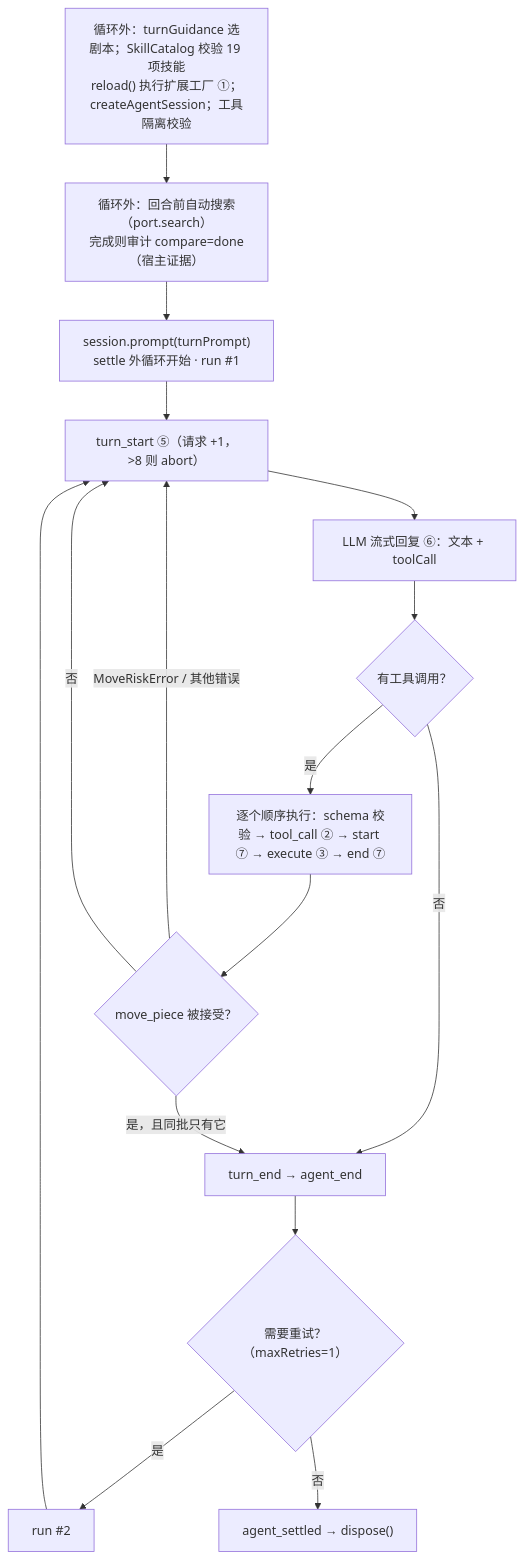
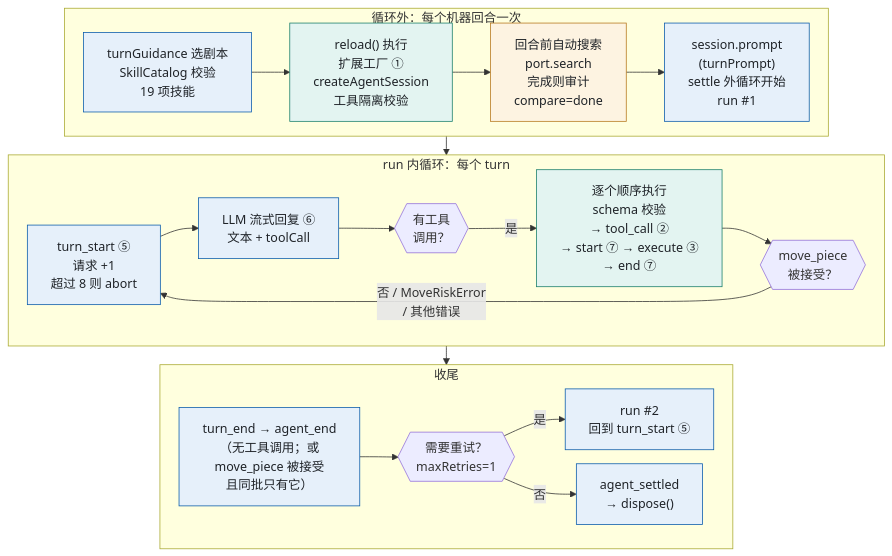
One commit to aicoder2048/pi-vs-claude-code changed the fourth of 11 diagrams in apps/chinese-chess/docs/chinese-chess-whitepaper.md. Above: the diagram before and after it, drawn with Mermaid. The commit also changed other lines of this file and 2 other files, not shown here.

First line of the commit message:
chinese-chess: redraw two whitepaper diagrams and correct two references

````diff
--- a/apps/chinese-chess/docs/chinese-chess-whitepaper.md
+++ b/apps/chinese-chess/docs/chinese-chess-whitepaper.md
@@ -499,17 +495,27 @@
 ```mermaid
+%%{init: {'flowchart': {'wrappingWidth': 700, 'htmlLabels': true, 'rankSpacing': 24, 'nodeSpacing': 18}}}%%
 flowchart TB
-  S0["循环外：turnGuidance 选剧本；SkillCatalog 校验 19 项技能<br/>reload() 执行扩展工厂 ①；createAgentSession；工具隔离校验"] --> PS["循环外：回合前自动搜索（port.search）<br/>完成则审计 compare=done（宿主证据）"]
-  PS --> S1["session.prompt(turnPrompt)<br/>settle 外循环开始 · run #1"]
-  S1 --> T["turn_start ⑤（请求 +1，>8 则 abort）"]
-  T --> L["LLM 流式回复 ⑥：文本 + toolCall"]
-  L --> Q{"有工具调用？"}
-  Q -- "否" --> E["turn_end → agent_end"]
-  Q -- "是" --> P["逐个顺序执行：schema 校验 → tool_call ② → start ⑦ → execute ③ → end ⑦"]
-  P --> C{"move_piece 被接受？"}
-  C -- "是，且同批只有它" --> E
-  C -- "MoveRiskError / 其他错误" --> T
-  C -- "否" --> T
-  E --> R{"需要重试？（maxRetries=1）"}
-  R -- "是" --> S2["run #2"] --> T
-  R -- "否" --> Z["agent_settled → dispose()"]
+  subgraph R1["循环外：每个机器回合一次"]
+    direction LR
+    S0["turnGuidance 选剧本<br/>SkillCatalog 校验<br/>19 项技能"] --> S0B["reload() 执行<br/>扩展工厂 ①<br/>createAgentSession<br/>工具隔离校验"] --> PS["回合前自动搜索<br/>port.search<br/>完成则审计<br/>compare=done"] --> S1["session.prompt<br/>(turnPrompt)<br/>settle 外循环开始<br/>run #35;1"]
+  end
+  subgraph R2["run 内循环：每个 turn"]
+    direction LR
+    T["turn_start ⑤<br/>请求 +1<br/>超过 8 则 abort"] --> L["LLM 流式回复 ⑥<br/>文本 + toolCall"] --> Q{{"有工具<br/>调用？"}}
+    Q -- "是" --> P["逐个顺序执行<br/>schema 校验<br/>→ tool_call ②<br/>→ start ⑦ → execute ③<br/>→ end ⑦"] --> C{{"move_piece<br/>被接受？"}}
+    C -- "否 / MoveRiskError<br/>/ 其他错误" --> T
+  end
+  subgraph R3["收尾"]
+    direction LR
+    E["turn_end → agent_end<br/>（无工具调用；或<br/>move_piece 被接受<br/>且同批只有它）"] --> R{{"需要重试？<br/>maxRetries=1"}}
+    R -- "是" --> S2["run #35;2<br/>回到 turn_start ⑤"]
+    R -- "否" --> Z["agent_settled<br/>→ dispose()"]
+  end
+  R1 --> R2 --> R3
+  classDef l1 fill:#E6F0FA,stroke:#0B5CAB,color:#1F2328
+  classDef l2 fill:#E3F4F1,stroke:#1A7F6B,color:#1F2328
+  classDef l3 fill:#FDF3E1,stroke:#B7791F,color:#1F2328
+  class S0B,P l2
+  class PS l3
+  class S0,S1,T,L,E,S2,Z l1
 ```
````
